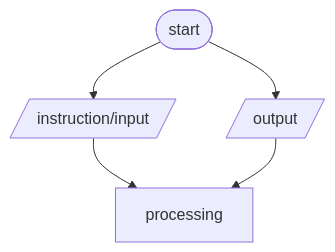
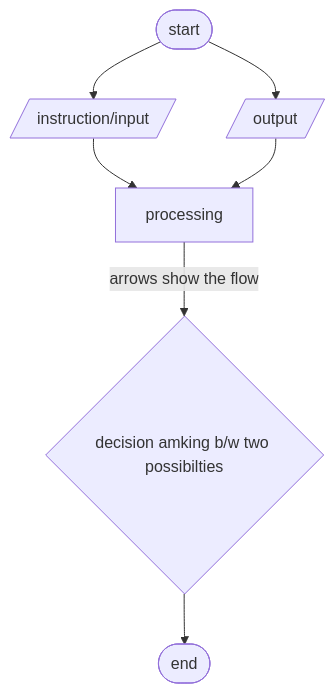
Before and after one commit to mHadi1091/my-notes-practice-: the diagram in programming.md, drawn with Mermaid.

````diff
--- a/programming.md
+++ b/programming.md
@@ -101,7 +101,9 @@
 ```mermaid
 flowchart TD
 A([start]) --> B[/instruction/input/]
 A--> C[/output/]
 B & C --> D[processing]
+D -->|arrows show the flow| E{decision amking b/w two possibilties}
+E --> F([end]) 
  
 ```
````
